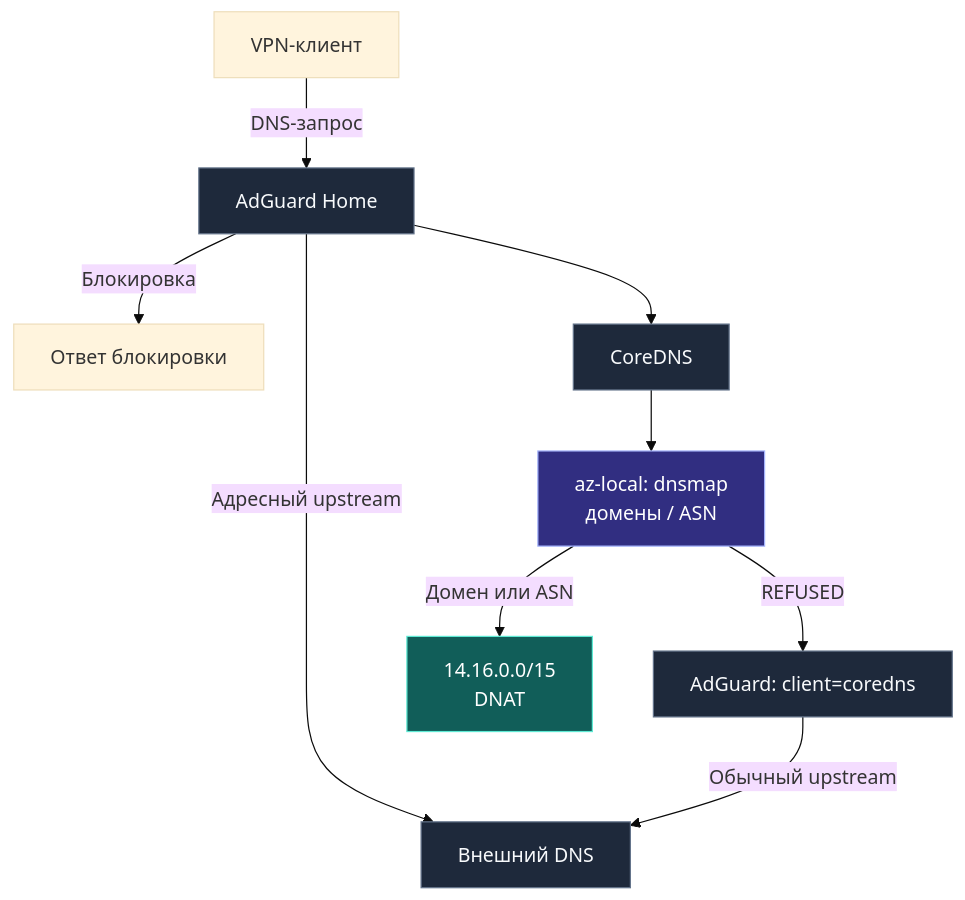
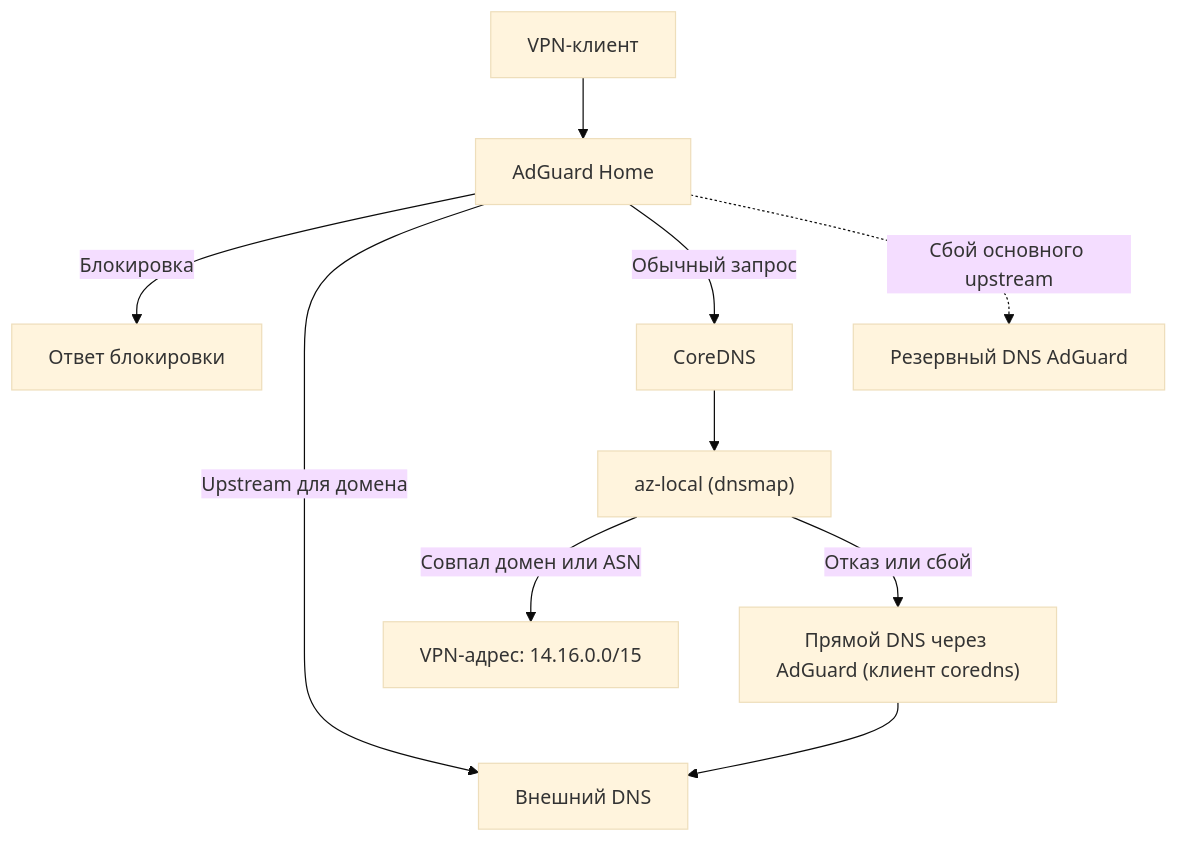
The second of 3 diagrams in README_RU.md (xtrime-ru/antizapret-vpn-docker), drawn with Mermaid (base theme) before and after one commit. The commit also changed other lines of this file and 1 other file, not shown here.

````diff
--- a/README_RU.md
+++ b/README_RU.md
@@ -809,18 +801,12 @@
 ```mermaid
 flowchart TB
-    client["VPN-клиент"] -->|DNS-запрос| adguard["AdGuard Home"]
-    adguard -->|Блокировка| deny["Ответ блокировки"]
-    adguard -->|Адресный upstream| external["Внешний DNS"]
-    adguard --> core["CoreDNS"]
-    core --> local
-    local["az-local: dnsmap<br/>домены / ASN"]
-    local -->|Домен или ASN| localip["14.16.0.0/15<br/>DNAT"]
-    local -->|REFUSED| retry["AdGuard: client=coredns"]
-    retry -->|Обычный upstream| external
-    classDef service fill:#1e293b,stroke:#64748b,color:#f8fafc
-    classDef exit fill:#312e81,stroke:#a5b4fc,color:#ffffff
-    classDef mapped fill:#115e59,stroke:#5eead4,color:#ffffff
-    class adguard,core,retry,external service
-    class local exit
-    class localip mapped
+    client["VPN-клиент"] --> adguard["AdGuard Home"]
+    adguard -->|Блокировка| blocked["Ответ блокировки"]
+    adguard -->|Upstream для домена| external["Внешний DNS"]
+    adguard -->|Обычный запрос| core["CoreDNS"]
+    core --> local_exit["az-local (dnsmap)"]
+    local_exit -->|Совпал домен или ASN| local_ip["VPN-адрес: 14.16.0.0/15"]
+    local_exit -->|Отказ или сбой| direct_dns["Прямой DNS через AdGuard (клиент coredns)"]
+    direct_dns --> external
+    adguard -.->|Сбой основного upstream| fallback_dns["Резервный DNS AdGuard"]
 ```
````
